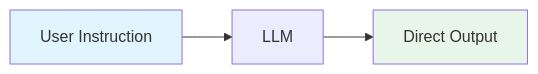
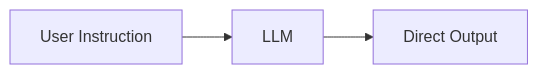
The first of 6 diagrams in 02-basics-en.md (yuexiaoliang/prompt-engineering-learning), drawn with Mermaid before and after one commit. The commit also changed other lines of this file, not shown here.

Commit message:
fix: remove hardcoded fill colors from mermaid diagrams for light/dark theme adaptation

````diff
--- a/02-basics-en.md
+++ b/02-basics-en.md
@@ -23,8 +23,5 @@
 ```mermaid
 flowchart LR
     A[User Instruction] --> B[LLM]
     B --> C[Direct Output]
-
-    style A fill:#e1f5fe
-    style C fill:#e8f5e9
 ```
````
